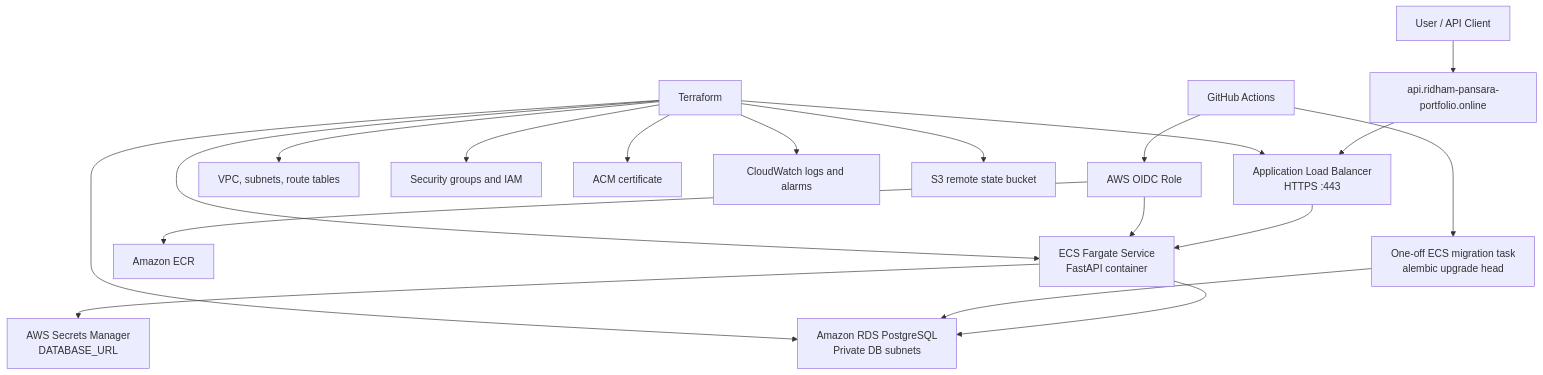
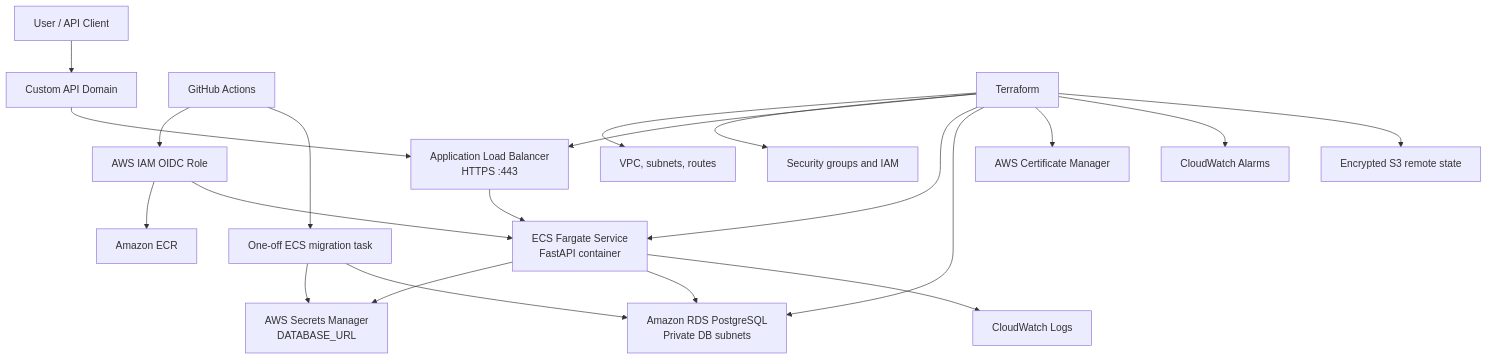
The first of 3 diagrams in README.md (ridhampansara27/aws-ecs-terraform-task-manager), drawn with Mermaid before and after one commit. The commit also changed other lines of this file and 1 other file, not shown here.

````diff
--- a/README.md
+++ b/README.md
@@ -72,23 +114,25 @@
 ```mermaid
 flowchart TD
-    user["User / API Client"] --> dns["api.ridham-pansara-portfolio.online"]
+    client["User / API Client"] --> dns["Custom API Domain"]
     dns --> alb["Application Load Balancer<br/>HTTPS :443"]
     alb --> ecs["ECS Fargate Service<br/>FastAPI container"]
     ecs --> secret["AWS Secrets Manager<br/>DATABASE_URL"]
     ecs --> rds["Amazon RDS PostgreSQL<br/>Private DB subnets"]
+    ecs --> logs["CloudWatch Logs"]
 
-    github["GitHub Actions"] --> oidc["AWS OIDC Role"]
+    github["GitHub Actions"] --> oidc["AWS IAM OIDC Role"]
     oidc --> ecr["Amazon ECR"]
     oidc --> ecs
-    github --> migration["One-off ECS migration task<br/>alembic upgrade head"]
+    github --> migration["One-off ECS migration task"]
+    migration --> secret
     migration --> rds
 
-    terraform["Terraform"] --> vpc["VPC, subnets, route tables"]
+    terraform["Terraform"] --> network["VPC, subnets, routes"]
     terraform --> security["Security groups and IAM"]
     terraform --> alb
     terraform --> ecs
     terraform --> rds
-    terraform --> acm["ACM certificate"]
-    terraform --> cw["CloudWatch logs and alarms"]
-    terraform --> state["S3 remote state bucket"]
+    terraform --> acm["AWS Certificate Manager"]
+    terraform --> alarms["CloudWatch Alarms"]
+    terraform --> state["Encrypted S3 remote state"]
 ```
````
